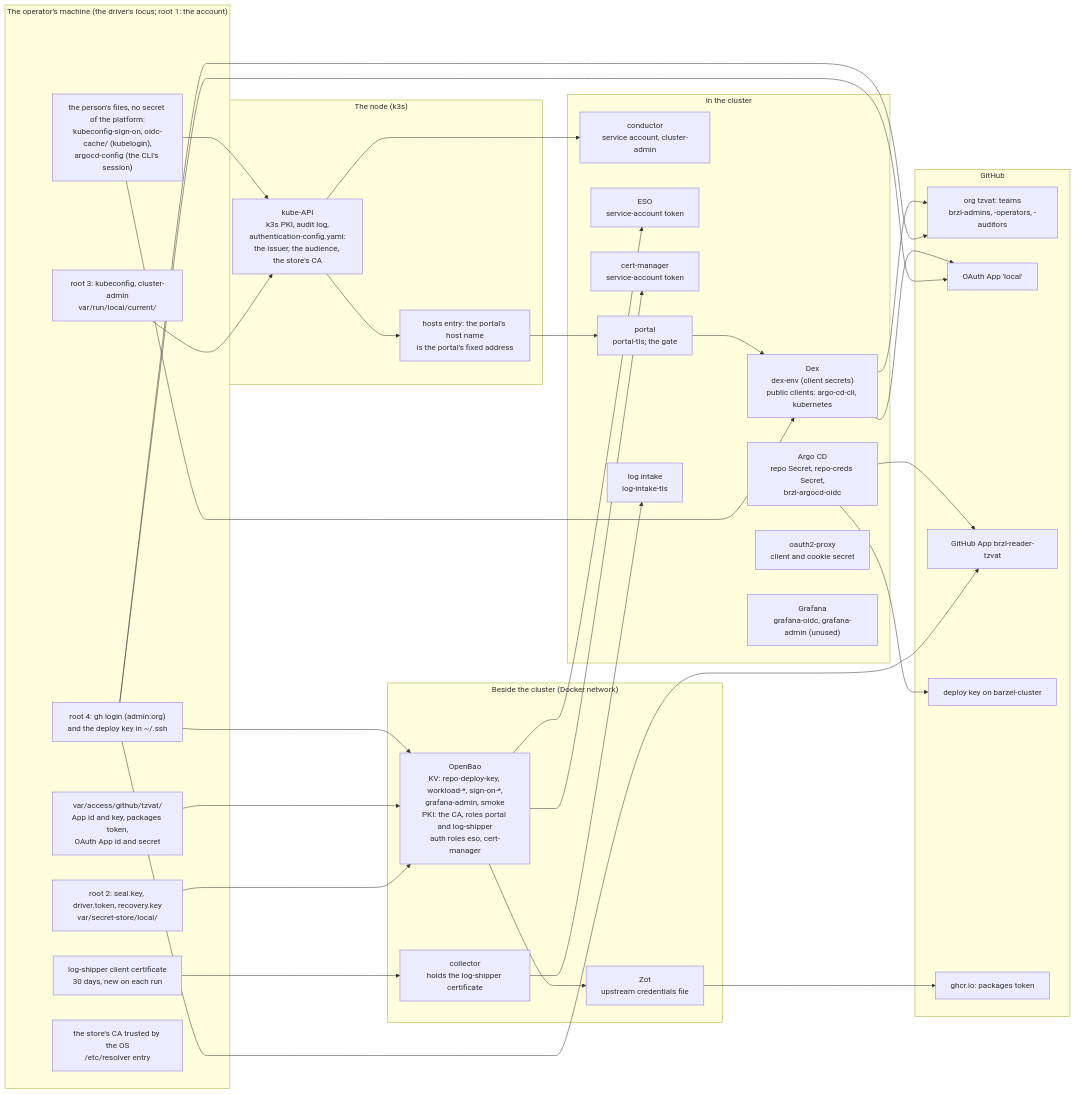
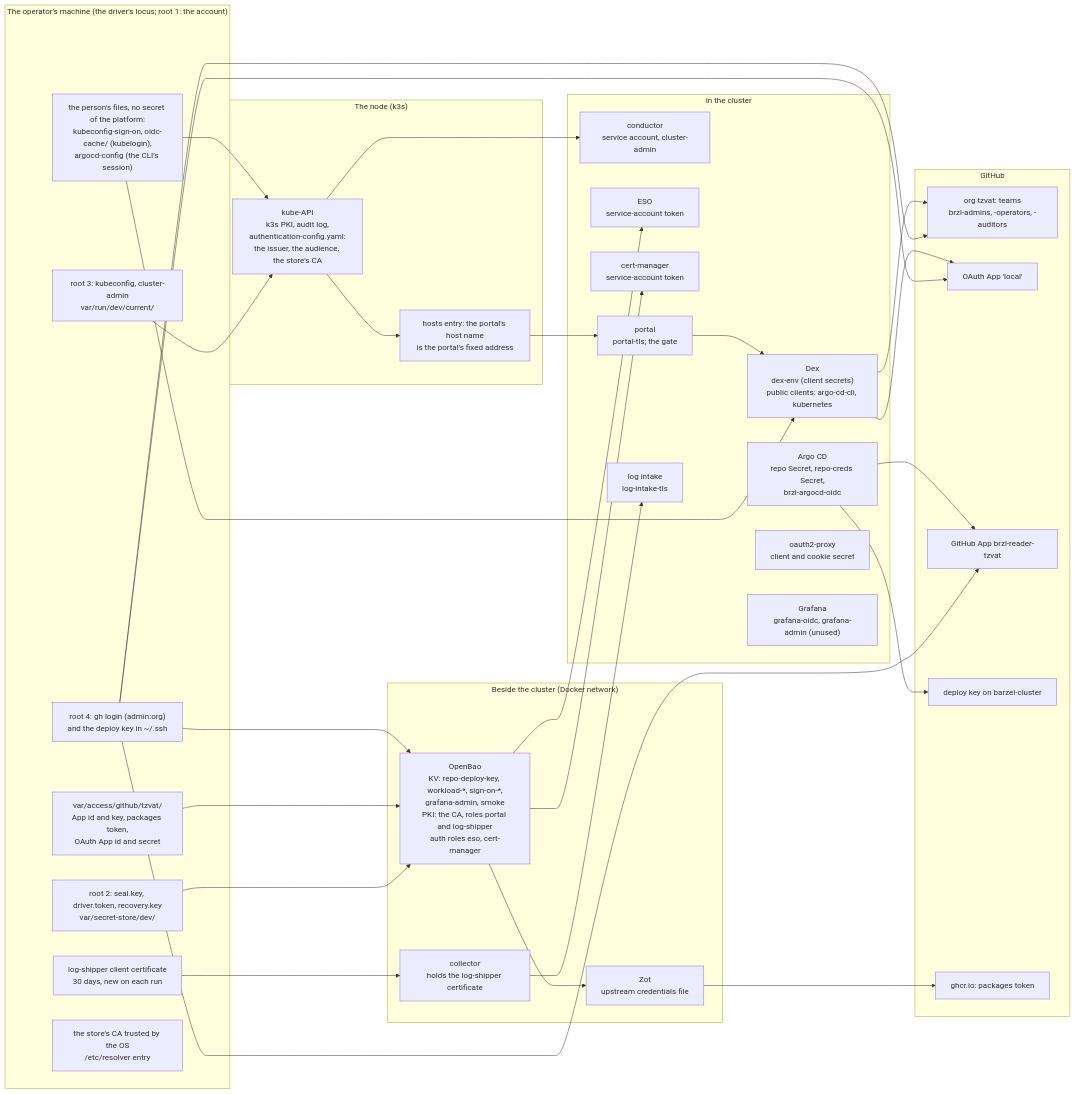
Before and after one commit to ryderdain/barzel-cluster: the first of 6 diagrams in docs/SECURITY.md, drawn with Mermaid. The commit also changed other lines of this file and 12 other files, not shown here.

Commit message:
item 38: the smaller documents say dev for the environment and local for the substrate (README, CLAUDE, SECURITY, ARCHITECTURE, SECRETS, RECOVERY, ACCESS, BREAK-GLASS, the guides, GLOSSARY, SPEC §1 and §2)

````diff
--- a/docs/SECURITY.md
+++ b/docs/SECURITY.md
@@ -49,54 +49,54 @@
 ```mermaid
 flowchart LR
   subgraph you["The operator's machine (the driver's locus; root 1: the account)"]
-    seal["root 2: seal.key, driver.token, recovery.key<br/>var/secret-store/local/"]
-    kcfg["root 3: kubeconfig, cluster-admin<br/>var/run/local/current/"]
+    seal["root 2: seal.key, driver.token, recovery.key<br/>var/secret-store/dev/"]
+    kcfg["root 3: kubeconfig, cluster-admin<br/>var/run/dev/current/"]
     ghlogin["root 4: gh login (admin:org)<br/>and the deploy key in ~/.ssh"]
     access["var/access/github/tzvat/<br/>App id and key, packages token,<br/>OAuth App id and secret"]
     shipcert["log-shipper client certificate<br/>30 days, new on each run"]
     person["the person's files, no secret of the platform:<br/>kubeconfig-sign-on, oidc-cache/ (kubelogin),<br/>argocd-config (the CLI's session)"]
     hostca["the store's CA trusted by the OS<br/>/etc/resolver entry"]
   end
   subgraph beside["Beside the cluster (Docker network)"]
     bao["OpenBao<br/>KV: repo-deploy-key, workload-*, sign-on-*,<br/>grafana-admin, smoke<br/>PKI: the CA, roles portal and log-shipper<br/>auth roles eso, cert-manager"]
     zot["Zot<br/>upstream credentials file"]
     coll["collector<br/>holds the log-shipper certificate"]
   end
   subgraph node["The node (k3s)"]
     api["kube-API<br/>k3s PKI, audit log,<br/>authentication-config.yaml:<br/>the issuer, the audience, the store's CA"]
     hosts["hosts entry: the portal's host name<br/>is the portal's fixed address"]
   end
   subgraph cluster["In the cluster"]
     cond["conductor<br/>service account, cluster-admin"]
     eso["ESO<br/>service-account token"]
     cm["cert-manager<br/>service-account token"]
     argo["Argo CD<br/>repo Secret, repo-creds Secret,<br/>brzl-argocd-oidc"]
     dex["Dex<br/>dex-env (client secrets)<br/>public clients: argo-cd-cli, kubernetes"]
     o2p["oauth2-proxy<br/>client and cookie secret"]
     graf["Grafana<br/>grafana-oidc, grafana-admin (unused)"]
     portal["portal<br/>portal-tls; the gate"]
     intake["log intake<br/>log-intake-tls"]
   end
   subgraph github["GitHub"]
     org["org tzvat: teams<br/>brzl-admins, -operators, -auditors"]
     oapp["OAuth App 'local'"]
     gapp["GitHub App brzl-reader-tzvat"]
     dk["deploy key on barzel-cluster"]
     ghcr["ghcr.io: packages token"]
   end
   seal --> bao
   kcfg --> api
   person --> api
   person --> dex
   shipcert --> coll --> intake
   access --> bao
   ghlogin --> bao
   ghlogin --> org & oapp & gapp
   bao --> eso & cm & zot
   zot --> ghcr
   argo --> dk & gapp
   dex --> oapp
   dex --> org
   api --> cond
   api --> hosts --> portal --> dex
 ```
````
